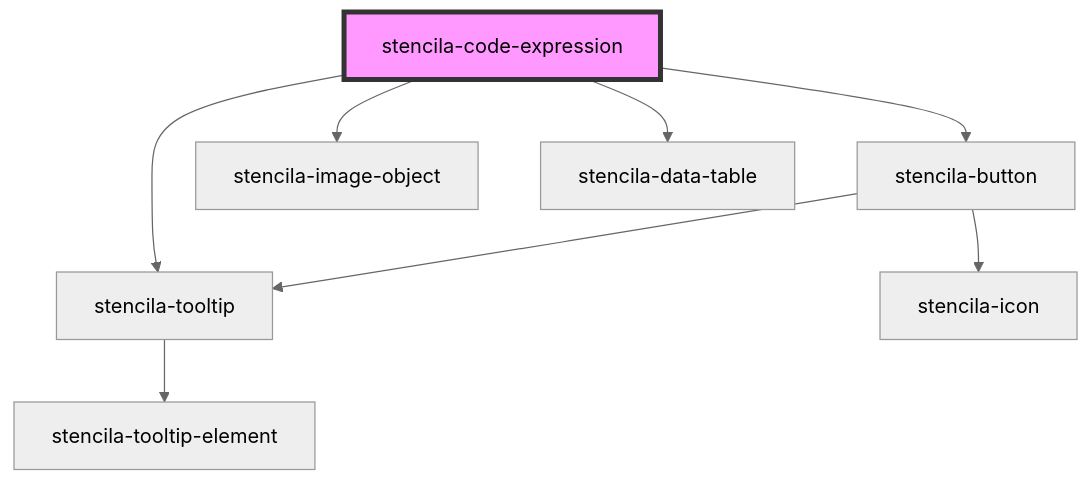
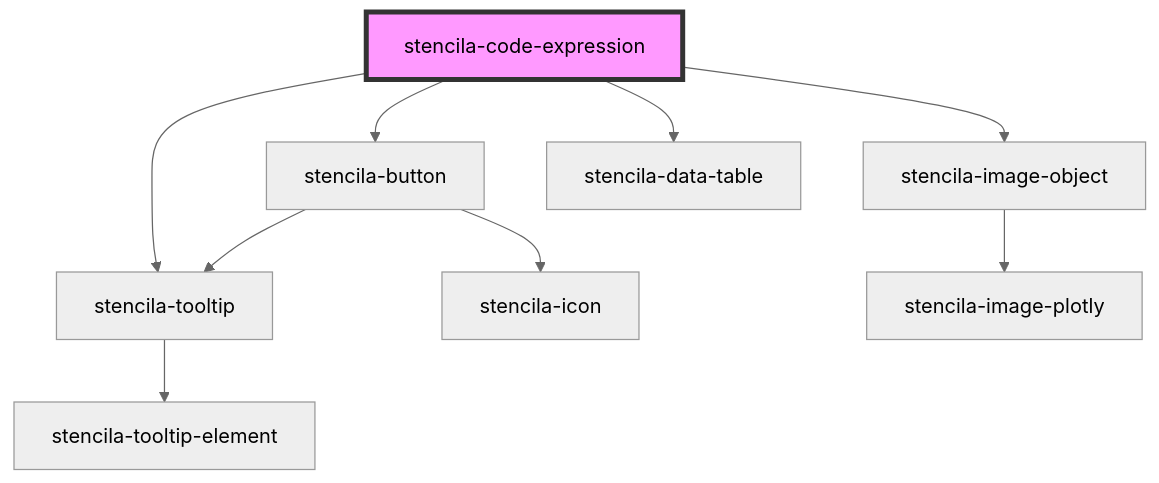
One commit to stencila/designa changed the diagram in packages/components/src/components/codeExpression/readme.md. Above: the diagram before and after it, drawn with Mermaid (neutral theme). The commit also changed 15 other files, not shown here.

````diff
--- a/packages/components/src/components/codeExpression/readme.md
+++ b/packages/components/src/components/codeExpression/readme.md
@@ -57,11 +57,12 @@
 ```mermaid
 graph TD;
   stencila-code-expression --> stencila-button
   stencila-code-expression --> stencila-tooltip
   stencila-code-expression --> stencila-image-object
   stencila-code-expression --> stencila-data-table
   stencila-button --> stencila-icon
   stencila-button --> stencila-tooltip
   stencila-tooltip --> stencila-tooltip-element
+  stencila-image-object --> stencila-image-plotly
   style stencila-code-expression fill:#f9f,stroke:#333,stroke-width:4px
 ```
````
